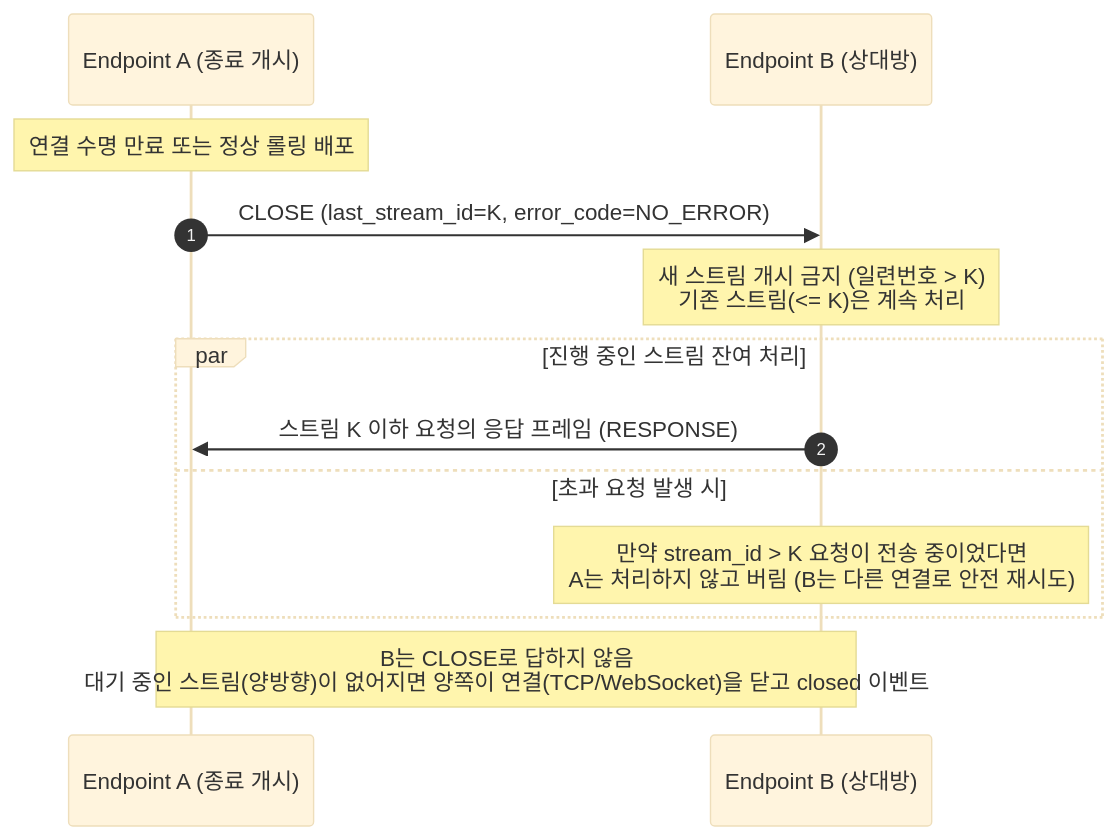
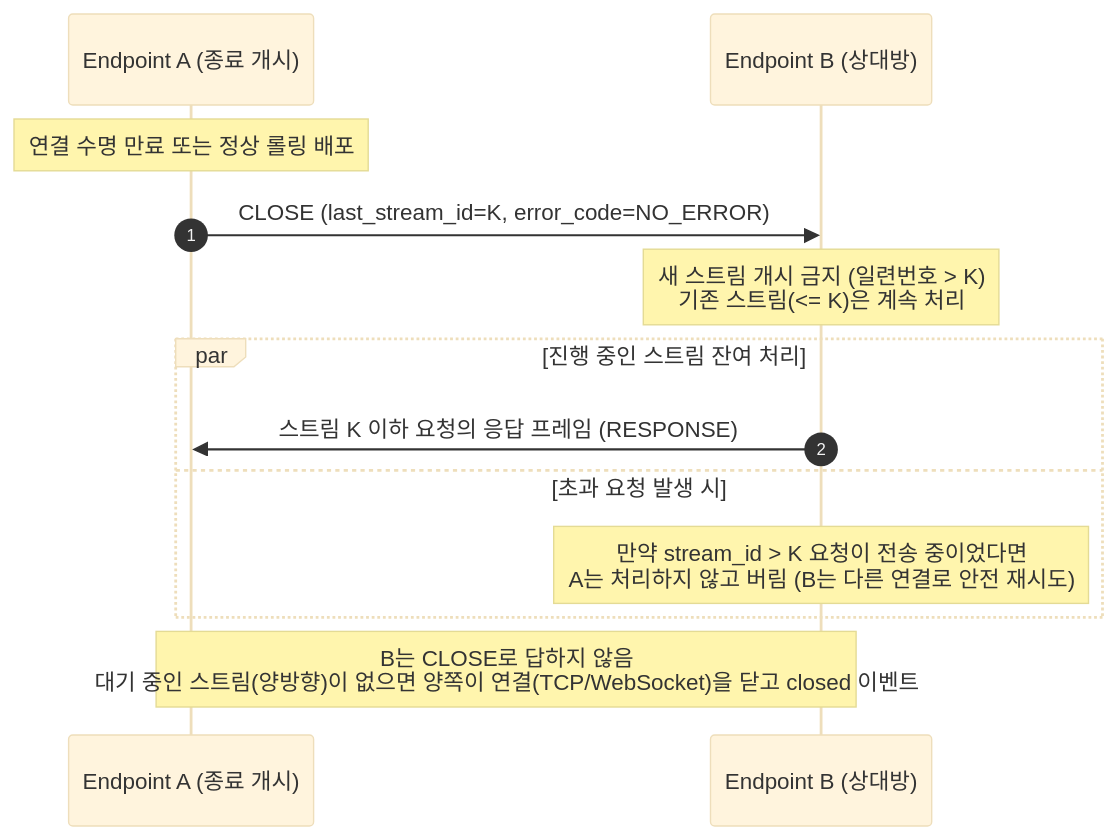
Before and after one commit to ppzxc/strand: the second of 3 diagrams in docs/specification/STRAND_SPECIFICATION.md, drawn with Mermaid (base theme). The commit also changed other lines of this file, not shown here.

````diff
--- a/docs/specification/STRAND_SPECIFICATION.md
+++ b/docs/specification/STRAND_SPECIFICATION.md
@@ -525,19 +525,19 @@
 ```mermaid
 sequenceDiagram
     autonumber
     participant A as Endpoint A (종료 개시)
     participant B as Endpoint B (상대방)
 
     Note over A: 연결 수명 만료 또는 정상 롤링 배포
     A->>B: CLOSE (last_stream_id=K, error_code=NO_ERROR)
     
     Note over B: 새 스트림 개시 금지 (일련번호 > K)<br/>기존 스트림(<= K)은 계속 처리
     
     par 진행 중인 스트림 잔여 처리
         B->>A: 스트림 K 이하 요청의 응답 프레임 (RESPONSE)
     and 초과 요청 발생 시
         Note over B: 만약 stream_id > K 요청이 전송 중이었다면<br/>A는 처리하지 않고 버림 (B는 다른 연결로 안전 재시도)
     end
     
-    Note over A,B: B는 CLOSE로 답하지 않음<br/>대기 중인 스트림(양방향)이 없어지면 양쪽이 연결(TCP/WebSocket)을 닫고 closed 이벤트
+    Note over A,B: B는 CLOSE로 답하지 않음<br/>대기 중인 스트림(양방향)이 없으면 양쪽이 연결(TCP/WebSocket)을 닫고 closed 이벤트
 ```
````
